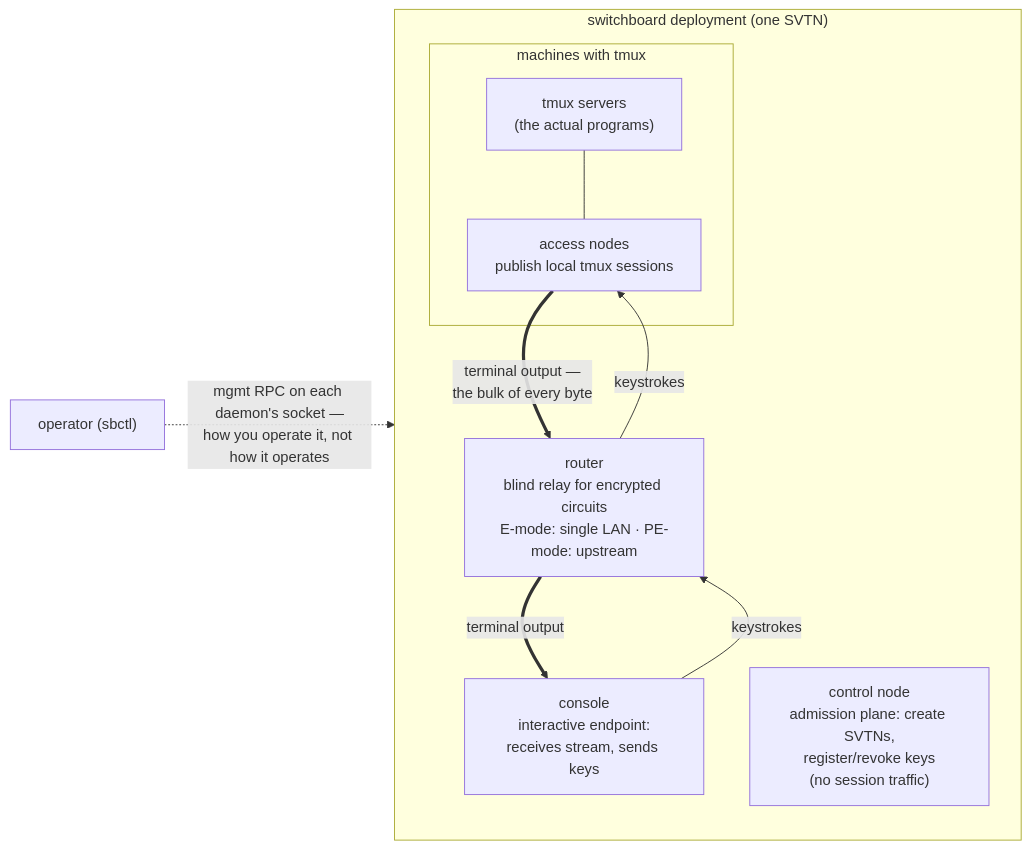
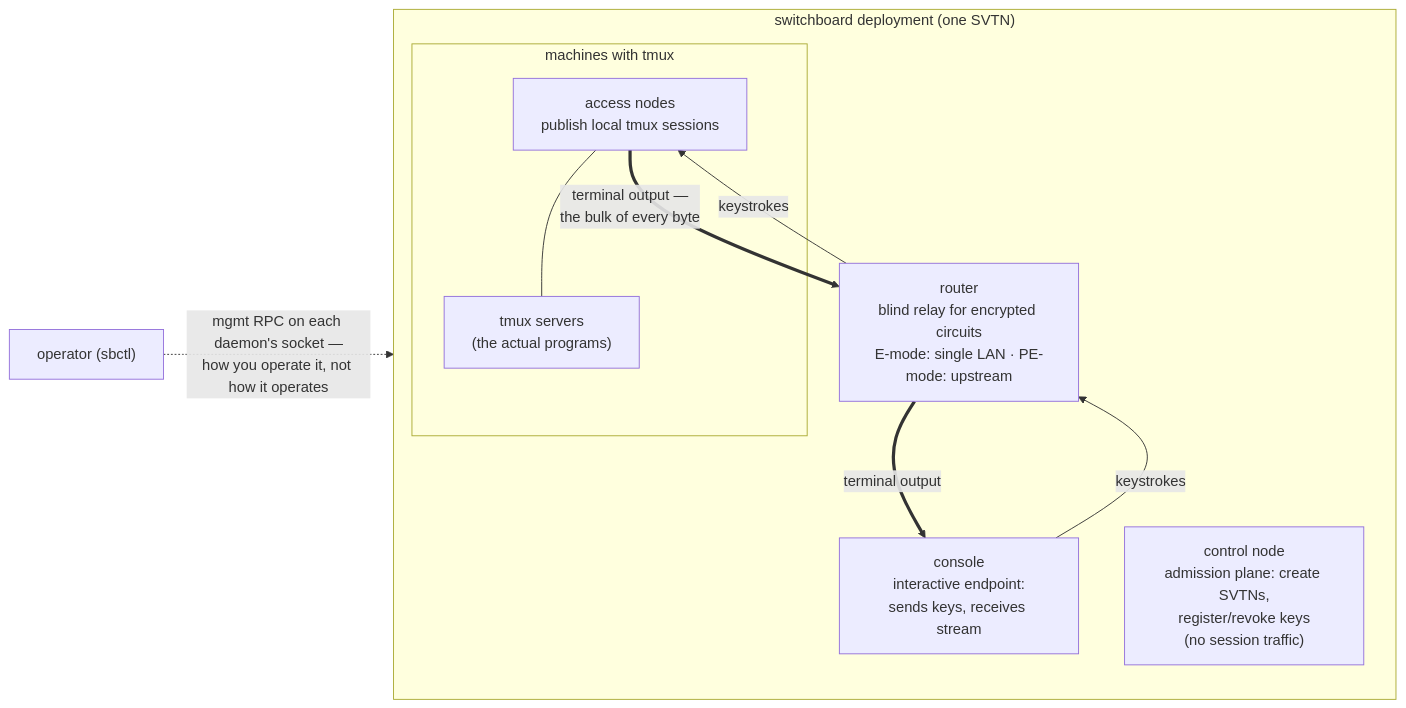
Before and after one commit to ArcavenAE/switchboard-blue: the diagram in examples/README.md, drawn with Mermaid. The commit also changed other lines of this file and 8 other files, not shown here.

First line of the commit message:
docs(diagrams): orient flows initiator-left — keystrokes lead, output returns

````diff
--- a/examples/README.md
+++ b/examples/README.md
@@ -52,17 +52,17 @@
 ```mermaid
 graph LR
     subgraph plane["switchboard deployment (one SVTN)"]
+        CN["console<br/>interactive endpoint:<br/>sends keys, receives stream"]
+        R["router<br/>blind relay for encrypted circuits<br/>E-mode: single LAN · PE-mode: upstream"]
         subgraph host["machines with tmux"]
+            AN["access nodes<br/>publish local tmux sessions"]
             TM["tmux servers<br/>(the actual programs)"]
-            AN["access nodes<br/>publish local tmux sessions"]
-            TM --- AN
+            AN --- TM
         end
-        R["router<br/>blind relay for encrypted circuits<br/>E-mode: single LAN · PE-mode: upstream"]
-        CN["console<br/>interactive endpoint:<br/>receives stream, sends keys"]
         CT["control node<br/>admission plane: create SVTNs,<br/>register/revoke keys<br/>(no session traffic)"]
     end
 
+    CN -- "keystrokes" --> R -- "keystrokes" --> AN
     AN == "terminal output —<br/>the bulk of every byte" ==> R == "terminal output" ==> CN
-    CN -- "keystrokes" --> R -- "keystrokes" --> AN
     OP["operator (sbctl)"] -. "mgmt RPC on each daemon's socket —<br/>how you operate it, not how it operates" .-> plane
 ```
````
